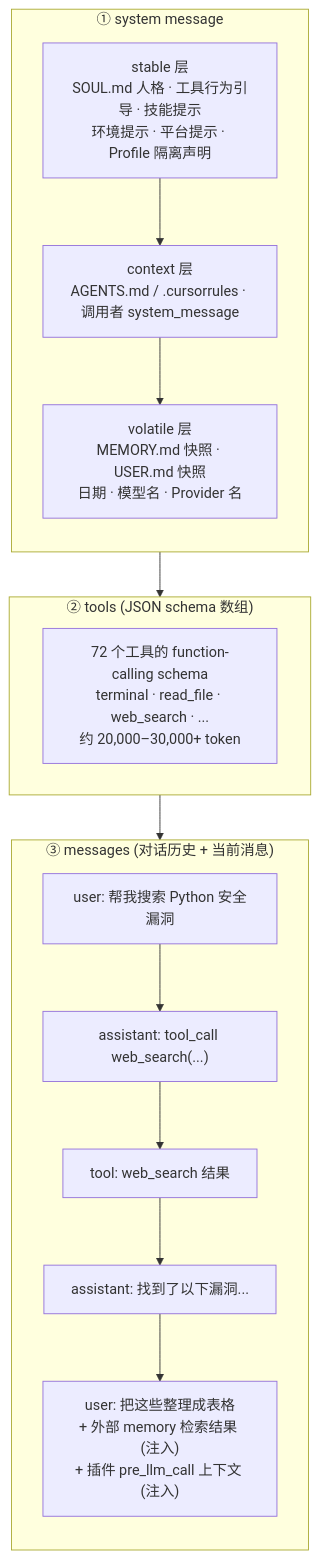
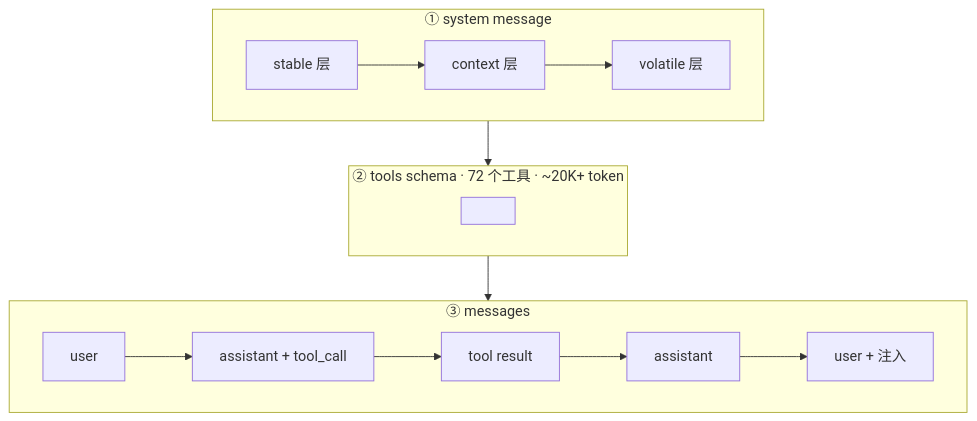
Before and after one commit to fang-lin/hermes-agent-code-analysis: the fourth of 9 diagrams in docs/zh/02-Agent核心.md, drawn with Mermaid. The commit also changed other lines of this file and 1 other file, not shown here.

First line of the commit message:
第 02 章：所有图表 layout 紧凑化——节点文字精简，细节留给正文

````diff
--- a/docs/zh/02-Agent核心.md
+++ b/docs/zh/02-Agent核心.md
@@ -222,26 +211,18 @@
 ```mermaid
 flowchart TD
     subgraph SYS ["① system message"]
-        direction TB
-        STABLE["stable 层<br/>SOUL.md 人格 · 工具行为引导 · 技能提示<br/>环境提示 · 平台提示 · Profile 隔离声明"]
-        CONTEXT["context 层<br/>AGENTS.md / .cursorrules · 调用者 system_message"]
-        VOLATILE["volatile 层<br/>MEMORY.md 快照 · USER.md 快照<br/>日期 · 模型名 · Provider 名"]
-        STABLE --> CONTEXT --> VOLATILE
+        direction LR
+        STABLE["stable 层"] --> CONTEXT["context 层"] --> VOLATILE["volatile 层"]
     end
 
-    subgraph TOOLS_S ["② tools #40;JSON schema 数组#41;"]
-        T1["72 个工具的 function-calling schema<br/>terminal · read_file · web_search · ...<br/>约 20,000–30,000+ token"]
+    subgraph TOOLS_S ["② tools schema · 72 个工具 · ~20K+ token"]
+        T1[" "]
     end
 
-    subgraph MSGS ["③ messages #40;对话历史 + 当前消息#41;"]
-        direction TB
-        H1["user: 帮我搜索 Python 安全漏洞"]
-        H2["assistant: tool_call web_search#40;...#41;"]
-        H3["tool: web_search 结果"]
-        H4["assistant: 找到了以下漏洞..."]
-        H5["user: 把这些整理成表格<br/>+ 外部 memory 检索结果 #40;注入#41;<br/>+ 插件 pre_llm_call 上下文 #40;注入#41;"]
-        H1 --> H2 --> H3 --> H4 --> H5
+    subgraph MSGS ["③ messages"]
+        direction LR
+        H1["user"] --> H2["assistant + tool_call"] --> H3["tool result"] --> H4["assistant"] --> H5["user + 注入"]
     end
 
     SYS --> TOOLS_S --> MSGS
 ```
````
